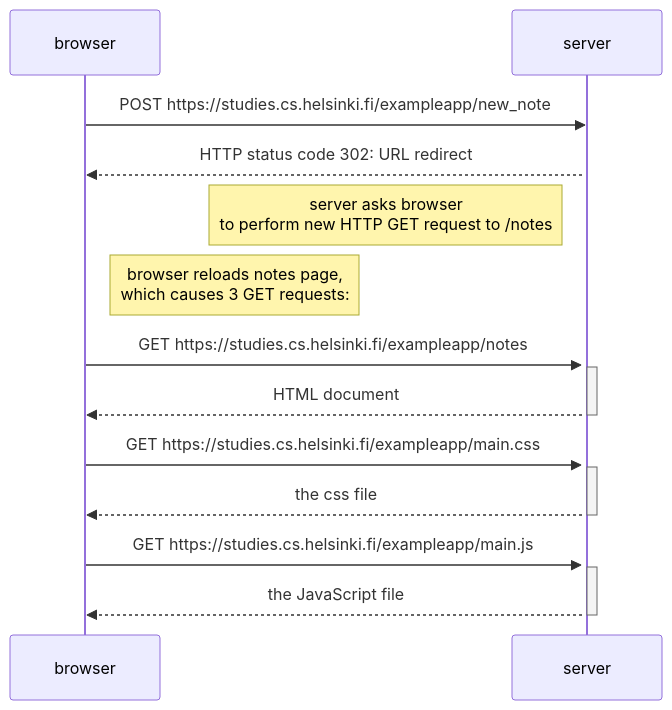
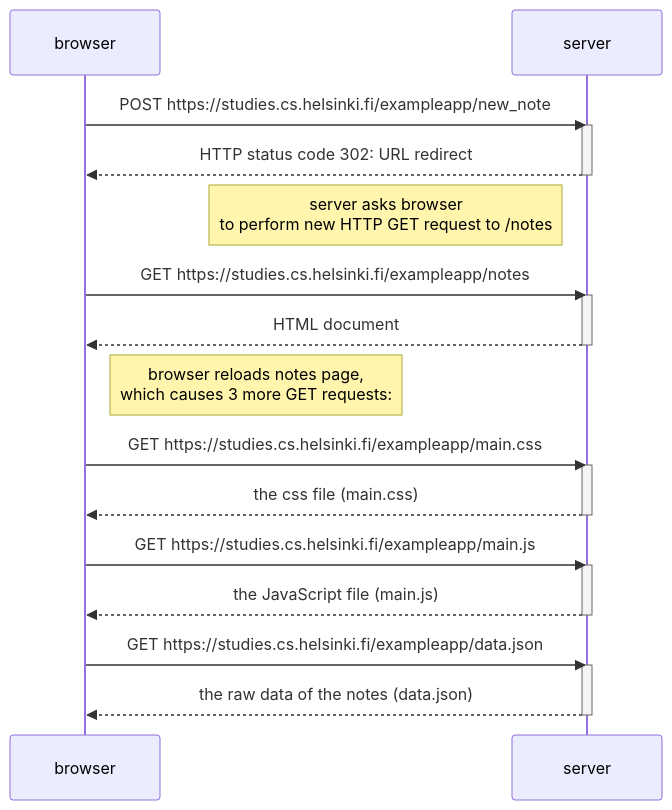
One commit to valli259/Fullstack-exercises changed the diagram in part0/exercise0-4.md. Above: the diagram before and after it, drawn with Mermaid.

````diff
--- a/part0/exercise0-4.md
+++ b/part0/exercise0-4.md
@@ -1,25 +1,32 @@
 ```mermaid
   sequenceDiagram
     participant browser
     participant server
     browser->>server: POST https://studies.cs.helsinki.fi/exampleapp/new_note
-activate server
-server-->>browser: HTTP status code 302: URL redirect
-Note left of server: server asks browser <br> to perform new HTTP GET request to /notes
-Note right of browser: browser reloads notes page,<br> which causes 3 GET requests:
+    activate server
+    server-->>browser: HTTP status code 302: URL redirect
+    deactivate server
+    Note left of server: server asks browser <br> to perform new HTTP GET request to /notes
 
- browser->>server: GET https://studies.cs.helsinki.fi/exampleapp/notes
+
+    browser->>server: GET https://studies.cs.helsinki.fi/exampleapp/notes
     activate server
     server-->>browser: HTML document
     deactivate server
+Note right of browser: browser reloads notes page,<br> which causes 3 more GET requests:
 
     browser->>server: GET https://studies.cs.helsinki.fi/exampleapp/main.css
     activate server
-    server-->>browser: the css file
+    server-->>browser: the css file (main.css)
     deactivate server
 
     browser->>server: GET https://studies.cs.helsinki.fi/exampleapp/main.js
     activate server
-    server-->>browser: the JavaScript file
+    server-->>browser: the JavaScript file (main.js)
     deactivate server
+
+    browser->>server: GET https://studies.cs.helsinki.fi/exampleapp/data.json
+activate server
+server-->>browser: the raw data of the notes (data.json)
+deactivate server
 ```
````
